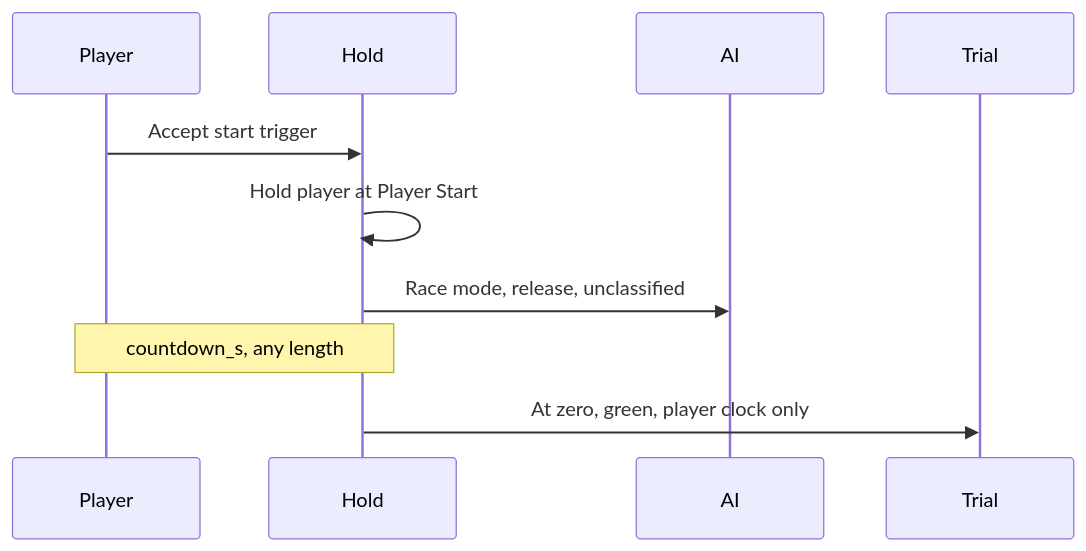
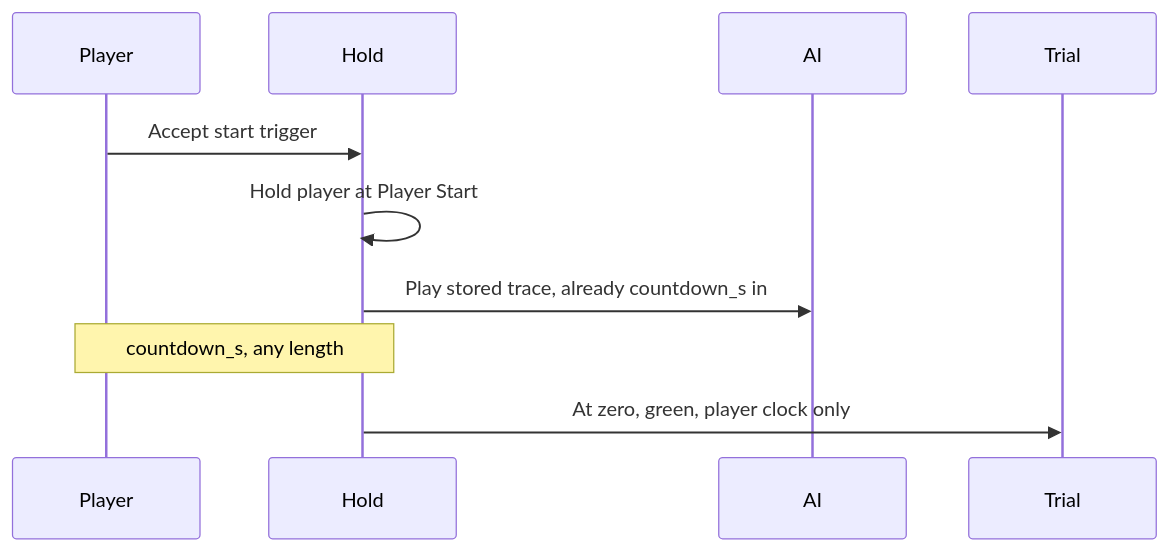
One commit to decnet100/alpine-roadtrip changed the diagram in docs/HILLCLIMB.md. Above: the diagram before and after it, drawn with Mermaid. The commit also changed other lines of this file, not shown here.

````diff
--- a/docs/HILLCLIMB.md
+++ b/docs/HILLCLIMB.md
@@ -18,12 +20,12 @@
 ```mermaid
 sequenceDiagram
   participant Player
   participant Hold
   participant AI
   participant Trial
   Player->>Hold: Accept start trigger
   Hold->>Hold: Hold player at Player Start
-  Hold->>AI: Race mode, release, unclassified
+  Hold->>AI: Play stored trace, already countdown_s in
   Note over Hold,Player: countdown_s, any length
   Hold->>Trial: At zero, green, player clock only
 ```
````
